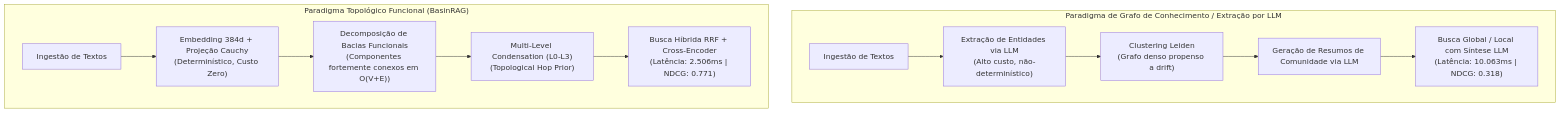
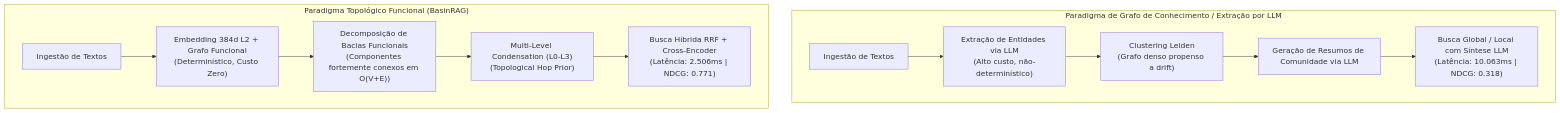
One commit to Basinfy/BasinRAG changed the diagram in docs/BENCHMARK_COMPARISON_pt.md. Above: the diagram before and after it, drawn with Mermaid. The commit also changed other lines of this file and 19 other files, not shown here.

````diff
--- a/docs/BENCHMARK_COMPARISON_pt.md
+++ b/docs/BENCHMARK_COMPARISON_pt.md
@@ -49,16 +49,16 @@
 ```mermaid
 graph TD
     subgraph "Paradigma de Grafo de Conhecimento / Extração por LLM"
         G1["Ingestão de Textos"] --> G2["Extração de Entidades via LLM<br>(Alto custo, não-determinístico)"]
         G2 --> G3["Clustering Leiden<br>(Grafo denso propenso a drift)"]
         G3 --> G4["Geração de Resumos de Comunidade via LLM"]
         G4 --> G5["Busca Global / Local com Síntese LLM<br>(Latência: 10.063ms | NDCG: 0.318)"]
     end
 
     subgraph "Paradigma Topológico Funcional (BasinRAG)"
-        B1["Ingestão de Textos"] --> B2["Embedding 384d + Projeção Cauchy<br>(Determinístico, Custo Zero)"]
+        B1["Ingestão de Textos"] --> B2["Embedding 384d L2 + Grafo Funcional<br>(Determinístico, Custo Zero)"]
         B2 --> B3["Decomposição de Bacias Funcionais<br>(Componentes fortemente conexos em O(V+E))"]
         B3 --> B4["Multi-Level Condensation (L0-L3)<br>(Topological Hop Prior)"]
         B4 --> B5["Busca Híbrida RRF + Cross-Encoder<br>(Latência: 2.506ms | NDCG: 0.771)"]
     end
 ```
````
